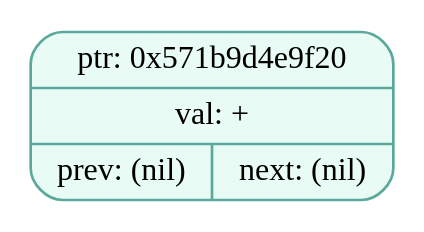
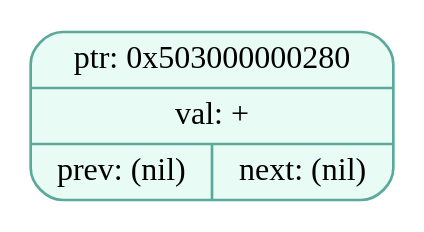
Before and after one commit to EvilTomato9890/Difference: the diagram in dumps/tree_dump_000.dot, drawn with Graphviz. The commit also changed 53 other files, not shown here.

```diff
--- a/dumps/tree_dump_000.dot
+++ b/dumps/tree_dump_000.dot
@@ -1,5 +1,5 @@
 digraph T{
   node [fontname="Fira Mono",shape=record,style="filled,rounded",fontsize=12];
   graph [splines=true, nodesep=0.6, ranksep=0.6];
-  node_0x571b9d4e9f20[shape=record,label="{ {ptr: 0x571b9d4e9f20} | {val: +} | { prev: (nil) | next: (nil) } }",color="#5aa99b",fillcolor="#e9fbf5"];
+  node_0x503000000280[shape=record,label="{ {ptr: 0x503000000280} | {val: +} | { prev: (nil) | next: (nil) } }",color="#5aa99b",fillcolor="#e9fbf5"];
 }
```
